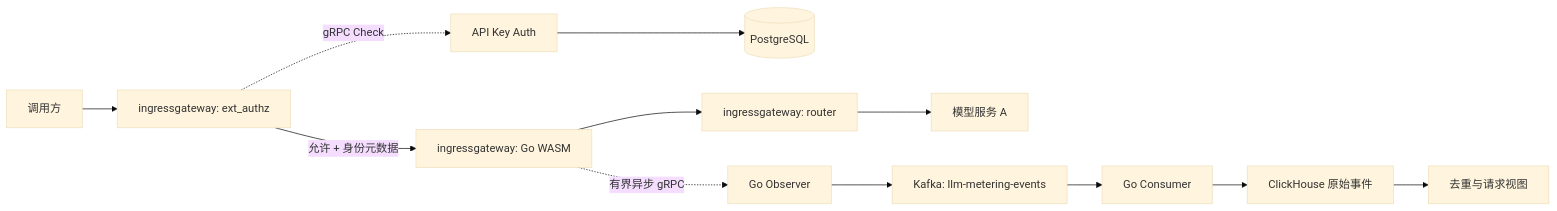
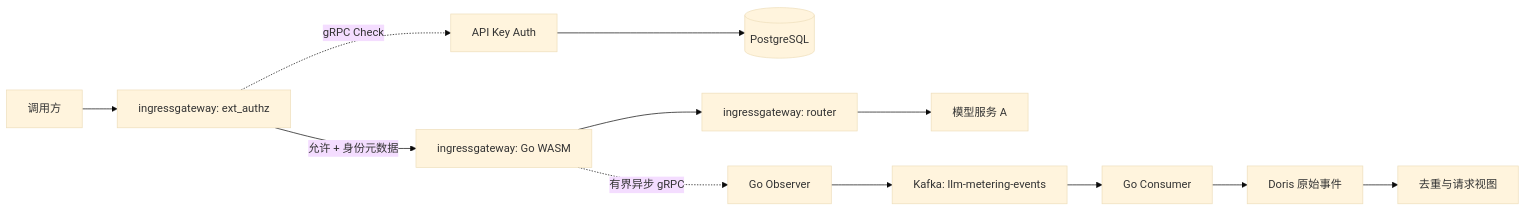
One commit to Fangyan33/llm-token-stats changed the first of 2 diagrams in docs/gateway-request-collection-implementation.md. Above: the diagram before and after it, drawn with Mermaid (base theme). The commit also changed other lines of this file and 43 other files, not shown here.

````diff
--- a/docs/gateway-request-collection-implementation.md
+++ b/docs/gateway-request-collection-implementation.md
@@ -44,14 +44,14 @@
 ```mermaid
 flowchart LR
     C[调用方] --> X[ingressgateway: ext_authz]
     X -. gRPC Check .-> H[API Key Auth]
     H --> P[(PostgreSQL)]
     X -->|允许 + 身份元数据| W[ingressgateway: Go WASM]
     W --> R[ingressgateway: router]
     R --> A[模型服务 A]
     W -. 有界异步 gRPC .-> O[Go Observer]
     O --> K[Kafka: llm-metering-events]
     K --> S[Go Consumer]
-    S --> D[ClickHouse 原始事件]
+    S --> D[Doris 原始事件]
     D --> V[去重与请求视图]
 ```
````
